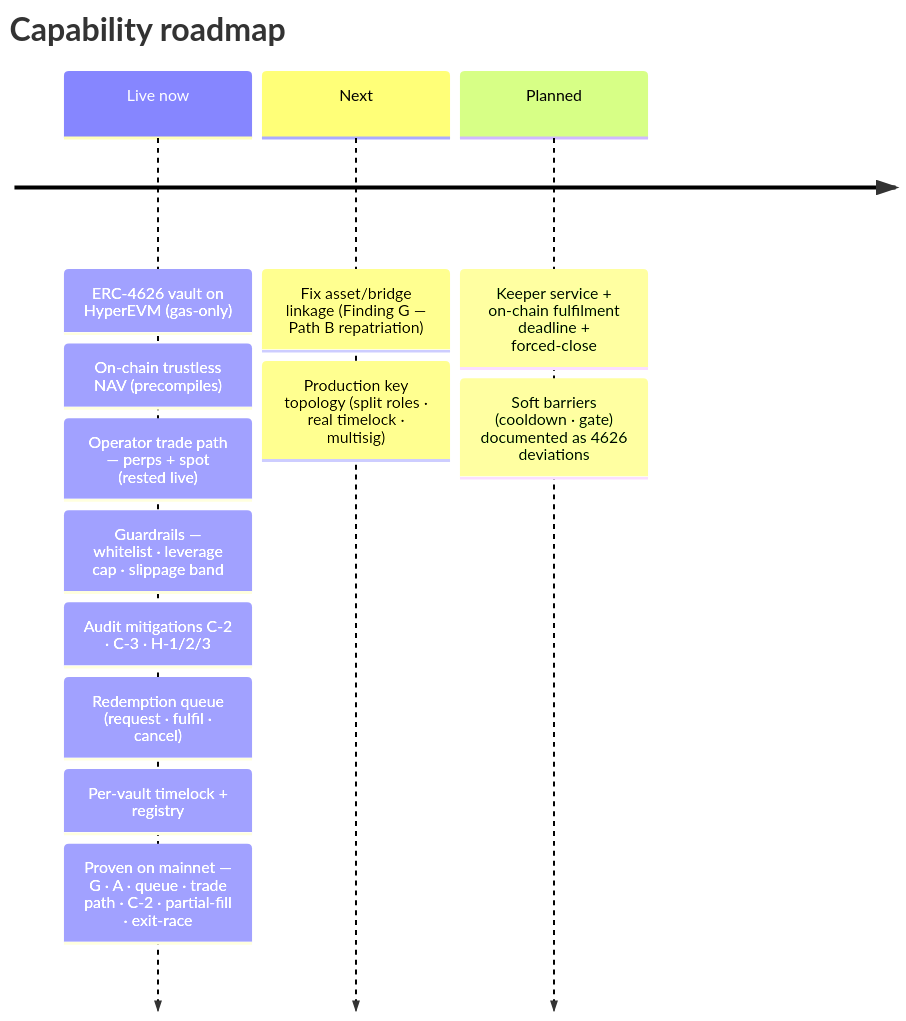
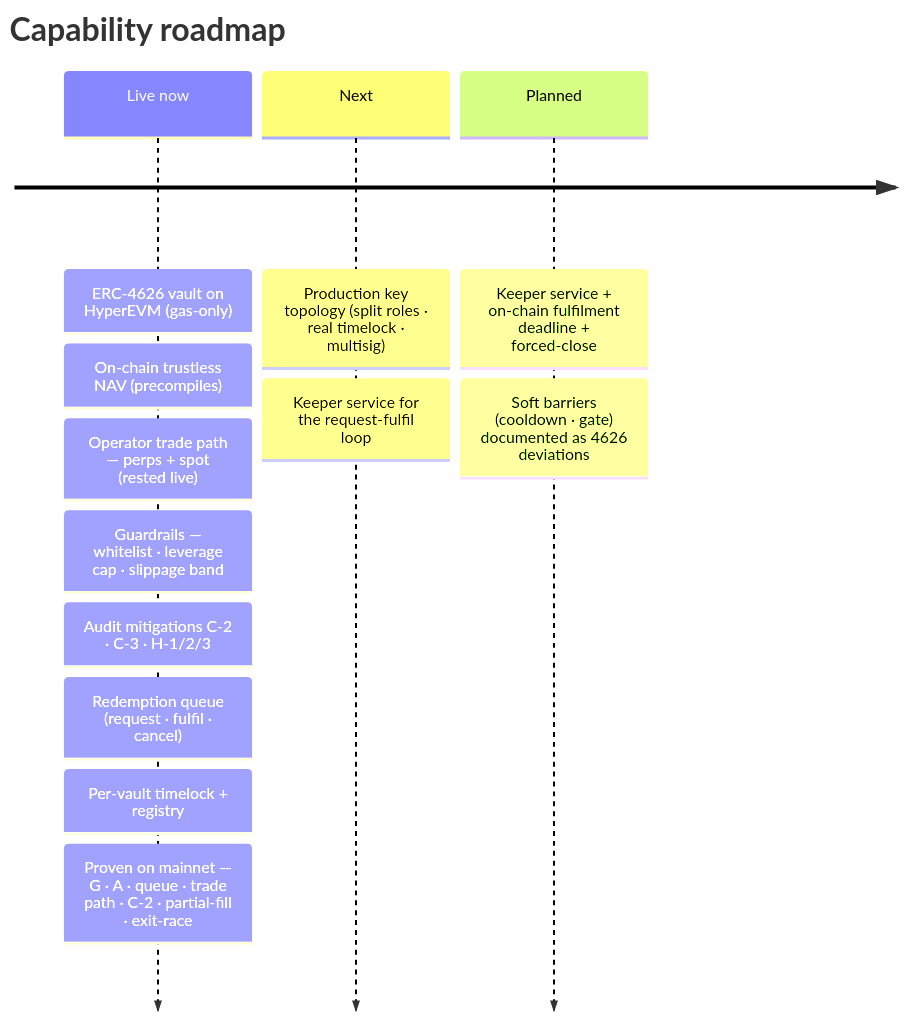
The seventh of 7 diagrams in docs/ARCHITECTURE_EXECUTIVE.md (allora-network/HyperVault), drawn with Mermaid before and after one commit. The commit also changed other lines of this file and 8 other files, not shown here.

````diff
--- a/docs/ARCHITECTURE_EXECUTIVE.md
+++ b/docs/ARCHITECTURE_EXECUTIVE.md
@@ -299,7 +308,7 @@
 ```mermaid
 timeline
   title Capability roadmap
   Live now : ERC-4626 vault on HyperEVM (gas-only) : On-chain trustless NAV (precompiles) : Operator trade path — perps + spot (rested live) : Guardrails — whitelist · leverage cap · slippage band : Audit mitigations C-2 · C-3 · H-1/2/3 : Redemption queue (request · fulfil · cancel) : Per-vault timelock + registry : Proven on mainnet — G · A · queue · trade path · C-2 · partial-fill · exit-race
-  Next : Fix asset/bridge linkage (Finding G — Path B repatriation) : Production key topology (split roles · real timelock · multisig)
+  Next : Production key topology (split roles · real timelock · multisig) : Keeper service for the request-fulfil loop
   Planned : Keeper service + on-chain fulfilment deadline + forced-close : Soft barriers (cooldown · gate) documented as 4626 deviations
 ```
````
